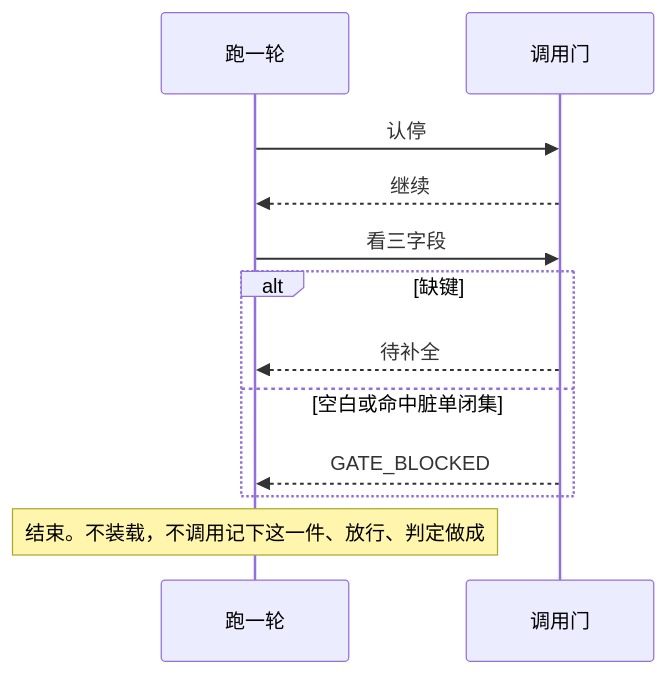
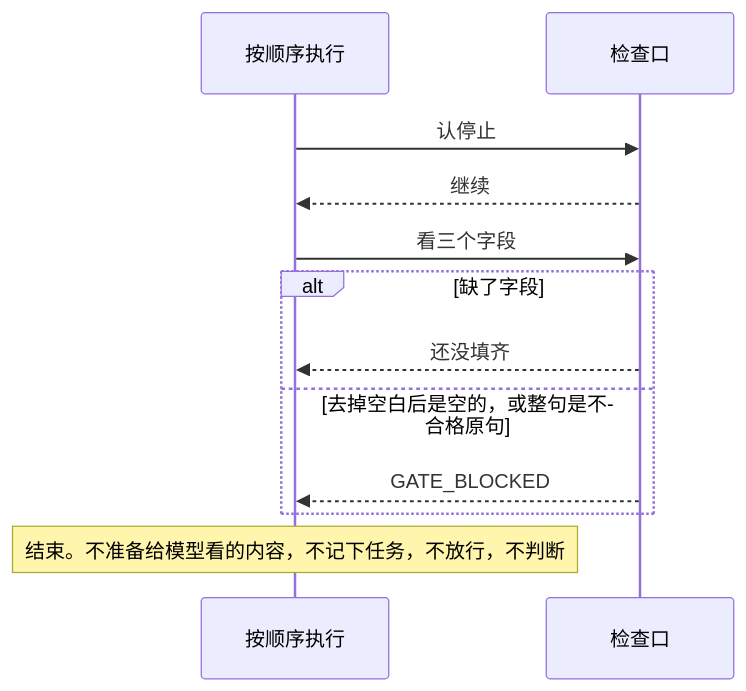
One commit to zxpmail/tepeu changed the third of 5 diagrams in docs/specs/一轮闭环.md. Above: the diagram before and after it, drawn with Mermaid. The commit also changed other lines of this file and 18 other files, not shown here.

````diff
--- a/docs/specs/一轮闭环.md
+++ b/docs/specs/一轮闭环.md
@@ -115,14 +116,14 @@
 ```mermaid
 sequenceDiagram
-  participant 跑一轮
-  participant 调用门
-  跑一轮->>调用门: 认停
-  调用门-->>跑一轮: 继续
-  跑一轮->>调用门: 看三字段
-  alt 缺键
-    调用门-->>跑一轮: 待补全
-  else 空白或命中脏单闭集
-    调用门-->>跑一轮: GATE_BLOCKED
+  participant 按顺序执行
+  participant 检查口
+  按顺序执行->>检查口: 认停止
+  检查口-->>按顺序执行: 继续
+  按顺序执行->>检查口: 看三个字段
+  alt 缺了字段
+    检查口-->>按顺序执行: 还没填齐
+  else 去掉空白后是空的，或整句是不合格原句
+    检查口-->>按顺序执行: GATE_BLOCKED
   end
-  Note over 跑一轮: 结束。不装载，不调用记下这一件、放行、判定做成
+  Note over 按顺序执行: 结束。不准备给模型看的内容，不记下任务，不放行，不判断
 ```
````
